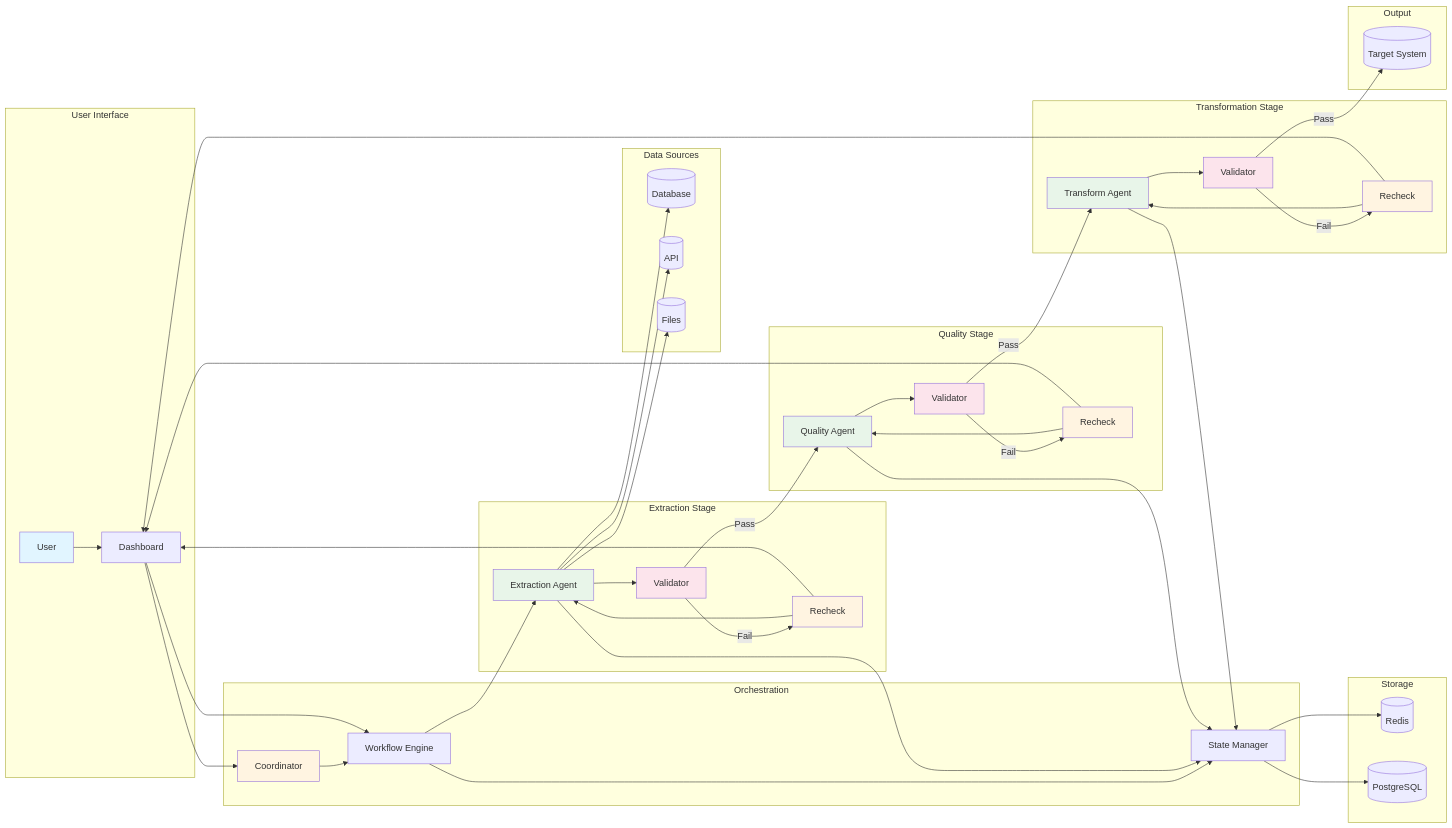
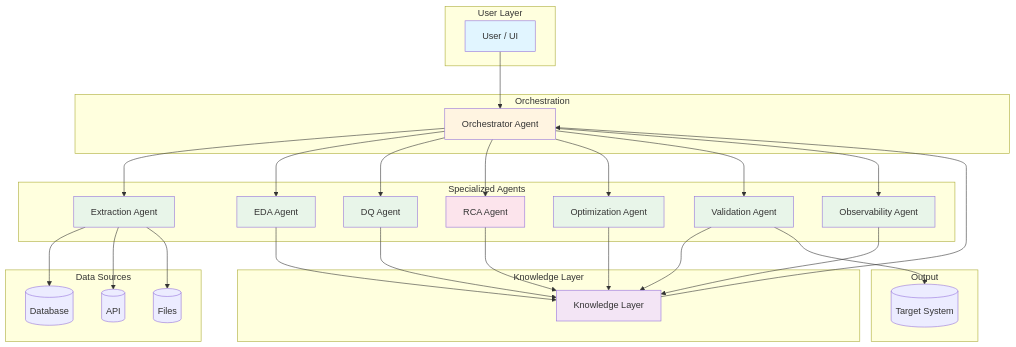
The diagram in architecture-diagram.md (najiatasleem/agentic-de-lifecycle), drawn with Mermaid before and after one commit. The commit also changed 1 other file, not shown here.

Commit message:
Refine architecture to DE lifecycle stages with specialized agents and orchestrator

````diff
--- a/architecture-diagram.md
+++ b/architecture-diagram.md
@@ -5,14 +5,25 @@
 ```mermaid
-graph LR
-    subgraph "User Interface"
-        USER[User]
-        DASH[Dashboard]
+graph TB
+    subgraph "User Layer"
+        USER[User / UI]
     end
     
     subgraph "Orchestration"
-        COORD[Coordinator]
-        WORKFLOW[Workflow Engine]
-        STATE[State Manager]
+        ORCH[Orchestrator Agent]
+    end
+    
+    subgraph "Specialized Agents"
+        INGEST[Extraction Agent]
+        EDA[EDA Agent]
+        DQ[DQ Agent]
+        RCA[RCA Agent]
+        OPT[Optimization Agent]
+        VAL[Validation Agent]
+        OBS[Observability Agent]
+    end
+    
+    subgraph "Knowledge Layer"
+        KNOW[Knowledge Layer]
     end
     
     subgraph "Data Sources"
@@ -21,78 +32,42 @@
         FILES[(Files)]
     end
     
-    subgraph "Extraction Stage"
-        EXTRACT[Extraction Agent]
-        V1[Validator]
-        R1[Recheck]
-    end
-    
-    subgraph "Quality Stage"
-        QUALITY[Quality Agent]
-        V2[Validator]
-        R2[Recheck]
-    end
-    
-    subgraph "Transformation Stage"
-        TRANSFORM[Transform Agent]
-        V3[Validator]
-        R3[Recheck]
-    end
-    
-    subgraph "Storage"
-        REDIS[(Redis)]
-        PG[(PostgreSQL)]
-    end
-    
     subgraph "Output"
         TARGET[(Target System)]
     end
     
-    USER --> DASH
-    DASH --> COORD
-    COORD --> WORKFLOW
-    WORKFLOW --> STATE
+    USER --> ORCH
+    ORCH --> INGEST
+    ORCH --> EDA
+    ORCH --> DQ
+    ORCH --> RCA
+    ORCH --> OPT
+    ORCH --> VAL
+    ORCH --> OBS
     
-    WORKFLOW --> EXTRACT
-    EXTRACT --> DB
-    EXTRACT --> API
-    EXTRACT --> FILES
+    INGEST --> DB
+    INGEST --> API
+    INGEST --> FILES
     
-    EXTRACT --> V1
-    V1 -->|Pass| QUALITY
-    V1 -->|Fail| R1
-    R1 --> EXTRACT
-    R1 --> DASH
+    EDA --> KNOW
+    DQ --> KNOW
+    RCA --> KNOW
+    OPT --> KNOW
+    VAL --> KNOW
+    OBS --> KNOW
     
-    QUALITY --> V2
-    V2 -->|Pass| TRANSFORM
-    V2 -->|Fail| R2
-    R2 --> QUALITY
-    R2 --> DASH
+    KNOW --> ORCH
     
-    TRANSFORM --> V3
-    V3 -->|Pass| TARGET
-    V3 -->|Fail| R3
-    R3 --> TRANSFORM
-    R3 --> DASH
-    
-    DASH --> WORKFLOW
-    STATE --> REDIS
-    STATE --> PG
-    
-    EXTRACT --> STATE
-    QUALITY --> STATE
-    TRANSFORM --> STATE
+    VAL --> TARGET
     
     style USER fill:#e1f5ff
-    style COORD fill:#fff4e1
-    style EXTRACT fill:#e8f5e9
-    style QUALITY fill:#e8f5e9
-    style TRANSFORM fill:#e8f5e9
-    style V1 fill:#fce4ec
-    style V2 fill:#fce4ec
-    style V3 fill:#fce4ec
-    style R1 fill:#fff4e1
-    style R2 fill:#fff4e1
-    style R3 fill:#fff4e1
+    style ORCH fill:#fff4e1
+    style INGEST fill:#e8f5e9
+    style EDA fill:#e8f5e9
+    style DQ fill:#e8f5e9
+    style RCA fill:#fce4ec
+    style OPT fill:#e8f5e9
+    style VAL fill:#e8f5e9
+    style OBS fill:#e8f5e9
+    style KNOW fill:#f3e5f5
 ```
````
